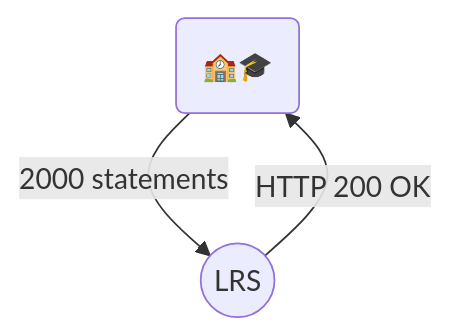
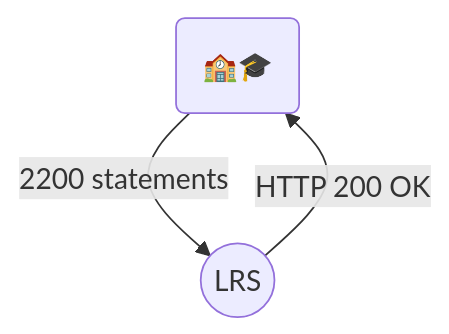
Before and after one commit to openfun/2023-openedx-con-lbt: the first of 2 diagrams in sections/protocol.md, drawn with Mermaid. The commit also changed other lines of this file and 21 other files, not shown here.

````diff
--- a/sections/protocol.md
+++ b/sections/protocol.md
@@ -25,5 +25,5 @@
 ```mermaid
 flowchart TB
-    user("🏫🎓") -- 2000 statements --> lrs((LRS))
+    user("🏫🎓") -- 2200 statements --> lrs((LRS))
     lrs -- HTTP 200 OK--> user
 ```
````
